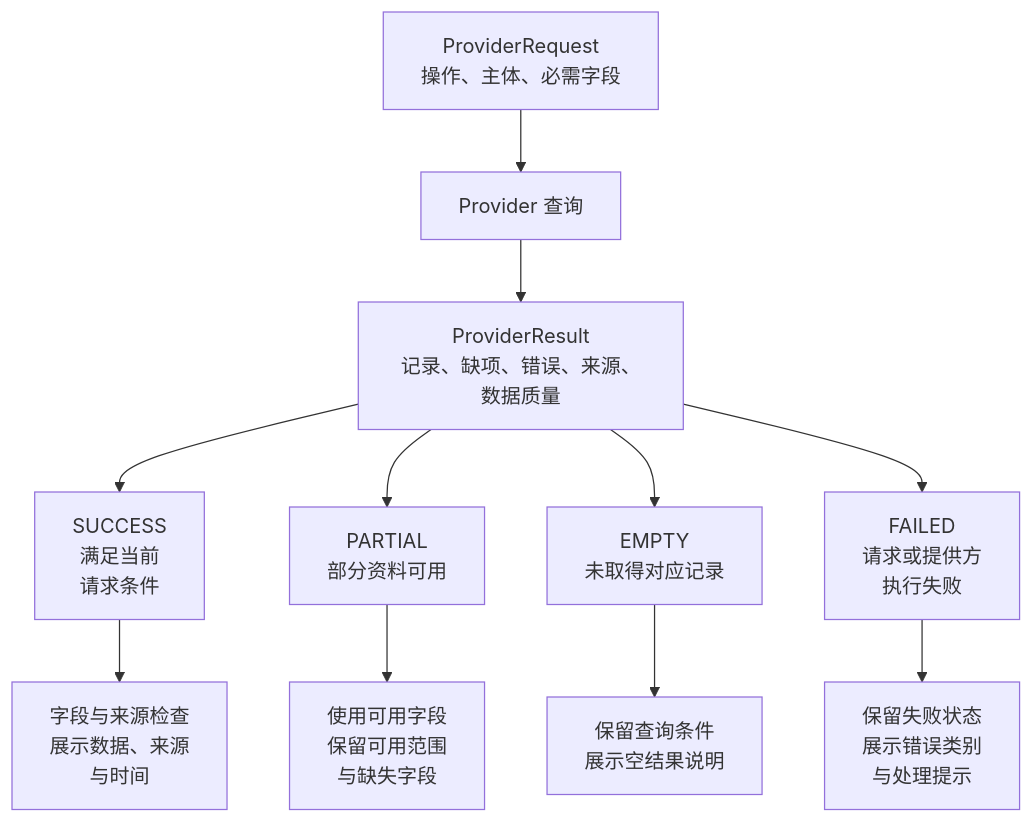
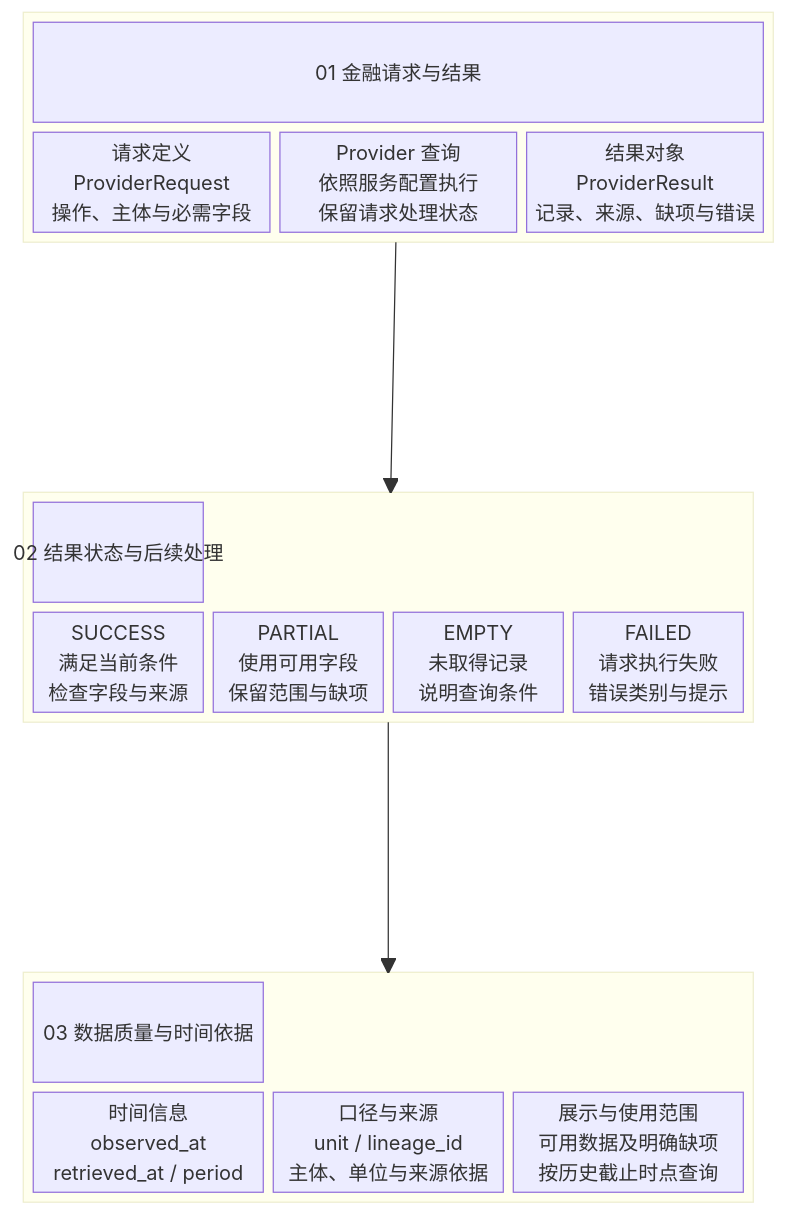
The diagram in docs/submission/figures/s2c/provider-states.mmd (1917173927/prism), drawn with Mermaid before and after one commit. The commit also changed 50 other files, not shown here.

Commit message:
docs: 按参考图重绘 S2C 分区卡片图示

```diff
--- a/docs/submission/figures/s2c/provider-states.mmd
+++ b/docs/submission/figures/s2c/provider-states.mmd
@@ -1,11 +1,34 @@
-flowchart TB
-    REQ["ProviderRequest<br/>操作、主体、必需字段"] --> CALL["Provider 查询"]
-    CALL --> RESULT["ProviderResult<br/>记录、缺项、错误、来源、数据质量"]
-    RESULT --> OK["SUCCESS<br/>满足当前<br/>请求条件"]
-    RESULT --> PART["PARTIAL<br/>部分资料可用"]
-    RESULT --> EMPTY["EMPTY<br/>未取得对应记录"]
-    RESULT --> FAIL["FAILED<br/>请求或提供方<br/>执行失败"]
-    OK --> VALID["字段与来源检查<br/>展示数据、来源<br/>与时间"]
-    PART --> RANGE["使用可用字段<br/>保留可用范围<br/>与缺失字段"]
-    EMPTY --> CONDITION["保留查询条件<br/>展示空结果说明"]
-    FAIL --> ERROR["保留失败状态<br/>展示错误类别<br/>与处理提示"]
+block-beta
+  columns 1
+  block:input
+    columns 3
+    H1["01 金融请求与结果"]:3
+    A["请求定义<br/>ProviderRequest<br/>操作、主体与必需字段"]
+    B["Provider 查询<br/>依照服务配置执行<br/>保留请求处理状态"]
+    C["结果对象<br/>ProviderResult<br/>记录、来源、缺项与错误"]
+  end
+  space
+  block:process
+    columns 4
+    H2["02 结果状态与后续处理"]:4
+    D["SUCCESS<br/>满足当前条件<br/>检查字段与来源"]
+    E["PARTIAL<br/>使用可用字段<br/>保留范围与缺项"]
+    F["EMPTY<br/>未取得记录<br/>说明查询条件"]
+    G["FAILED<br/>请求执行失败<br/>错误类别与提示"]
+  end
+  space
+  block:output
+    columns 3
+    H3["03 数据质量与时间依据"]:3
+    I["时间信息<br/>observed_at<br/>retrieved_at / period"]
+    J["口径与来源<br/>unit / lineage_id<br/>主体、单位与来源依据"]
+    K["展示与使用范围<br/>可用数据及明确缺项<br/>按历史截止时点查询"]
+  end
+  input --> process
+  process --> output
+  class H1,H2,H3 section
+  class input,process,output container
+  class A,C,F,I,J,K neutral
+  class B,E accent
+  class D success
+  class G failure
```
